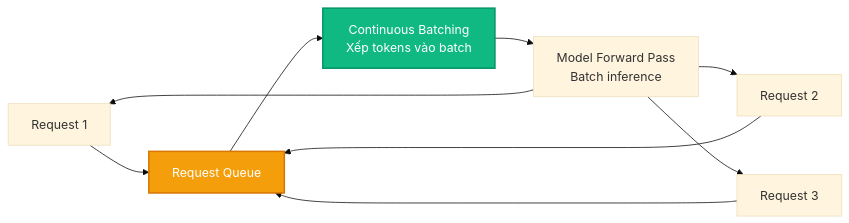
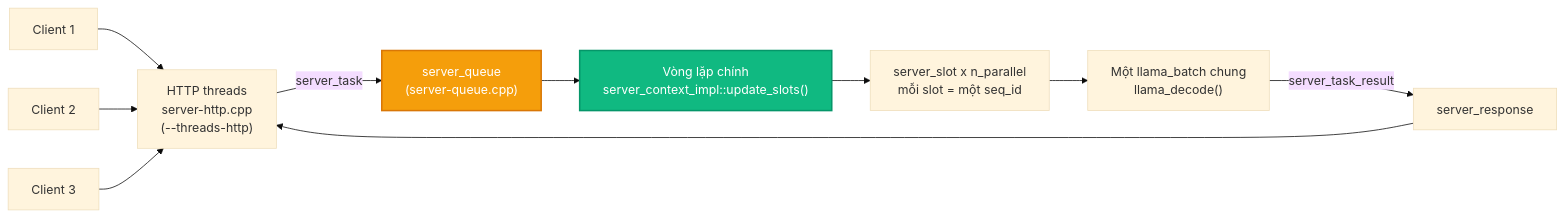
Before and after one commit to tuandung222/llama-cpp-architecture-lectures: the diagram in docs/lesson_7_server_and_integration.md, drawn with Mermaid (base theme). The commit also changed other lines of this file and 5 other files, not shown here.

First line of the commit message:
Audit lessons 5-9 and theory 6 against llama.cpp 06230cb

````diff
--- a/docs/lesson_7_server_and_integration.md
+++ b/docs/lesson_7_server_and_integration.md
@@ -71,14 +94,15 @@
 ```mermaid
 graph LR
-    R1[Request 1] --> Q[Request Queue]
-    R2[Request 2] --> Q
-    R3[Request 3] --> Q
-    Q --> CB["Continuous Batching\nXếp tokens vào batch"]
-    CB --> M["Model Forward Pass\nBatch inference"]
-    M --> R1
-    M --> R2
-    M --> R3
+    C1[Client 1] --> H["HTTP threads\nserver-http.cpp\n(--threads-http)"]
+    C2[Client 2] --> H
+    C3[Client 3] --> H
+    H -->|server_task| Q["server_queue\n(server-queue.cpp)"]
+    Q --> L["Vòng lặp chính\nserver_context_impl::update_slots()"]
+    L --> S["server_slot x n_parallel\nmỗi slot = một seq_id"]
+    S --> B["Một llama_batch chung\nllama_decode()"]
+    B -->|server_task_result| R["server_response"]
+    R --> H
 
     style Q fill:#f59e0b,stroke:#d97706,stroke-width:2px,color:#fff
-    style CB fill:#10b981,stroke:#059669,stroke-width:2px,color:#fff
+    style L fill:#10b981,stroke:#059669,stroke-width:2px,color:#fff
 ```
````
